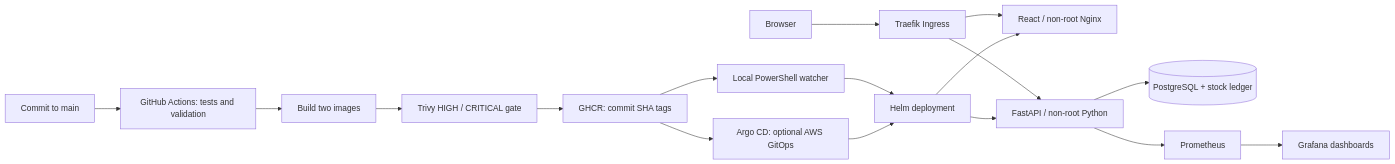
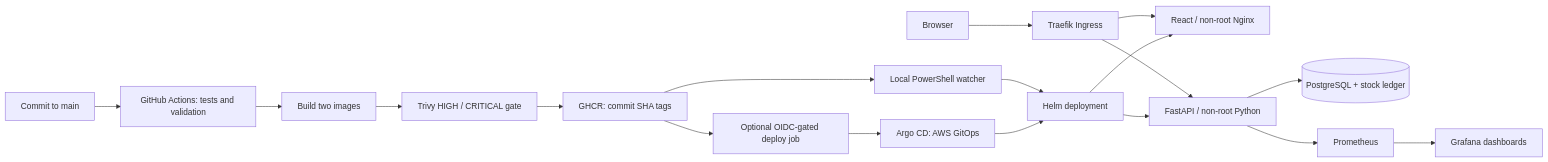
One commit to piyush6805/devops_capstone_project changed the diagram in README.md. Above: the diagram before and after it, drawn with Mermaid. The commit also changed other lines of this file and 4 other files, not shown here.

````diff
--- a/README.md
+++ b/README.md
@@ -13,19 +13,20 @@
 ```mermaid
 flowchart LR
   Git[Commit to main] --> CI[GitHub Actions: tests and validation]
   CI --> Build[Build two images]
   Build --> Scan[Trivy HIGH / CRITICAL gate]
   Scan --> Registry[GHCR: commit SHA tags]
   Registry --> Watch[Local PowerShell watcher]
-  Registry --> Argo[Argo CD: optional AWS GitOps]
+  Registry --> Deploy[Optional OIDC-gated deploy job]
+  Deploy --> Argo[Argo CD: AWS GitOps]
   Watch --> Helm[Helm deployment]
   Browser --> Ingress[Traefik Ingress]
   Ingress --> UI[React / non-root Nginx]
   Ingress --> API[FastAPI / non-root Python]
   API --> DB[(PostgreSQL + stock ledger)]
   API --> Prom[Prometheus]
   Prom --> Grafana[Grafana dashboards]
   Helm --> UI
   Helm --> API
   Argo --> Helm
 ```
````
